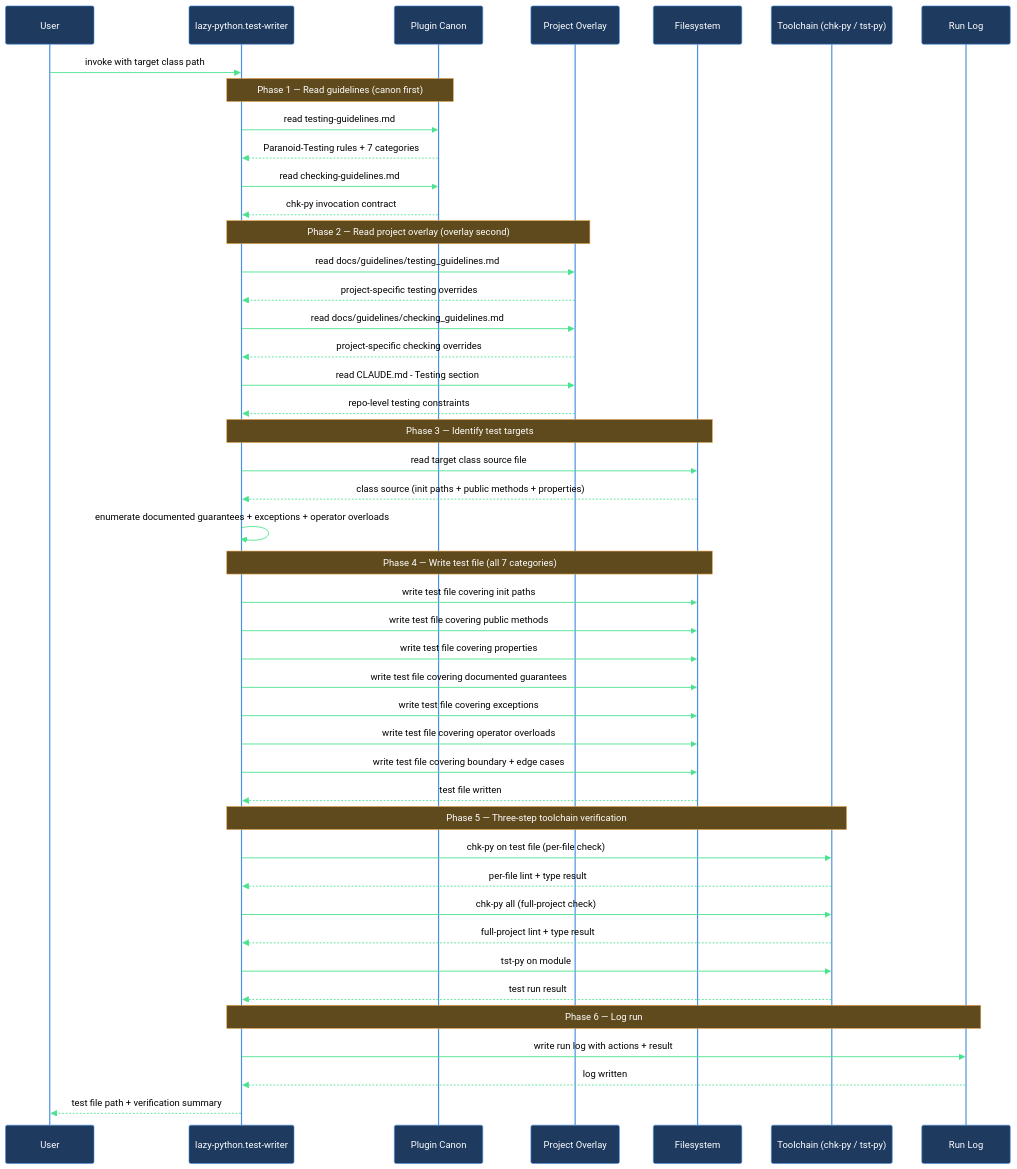
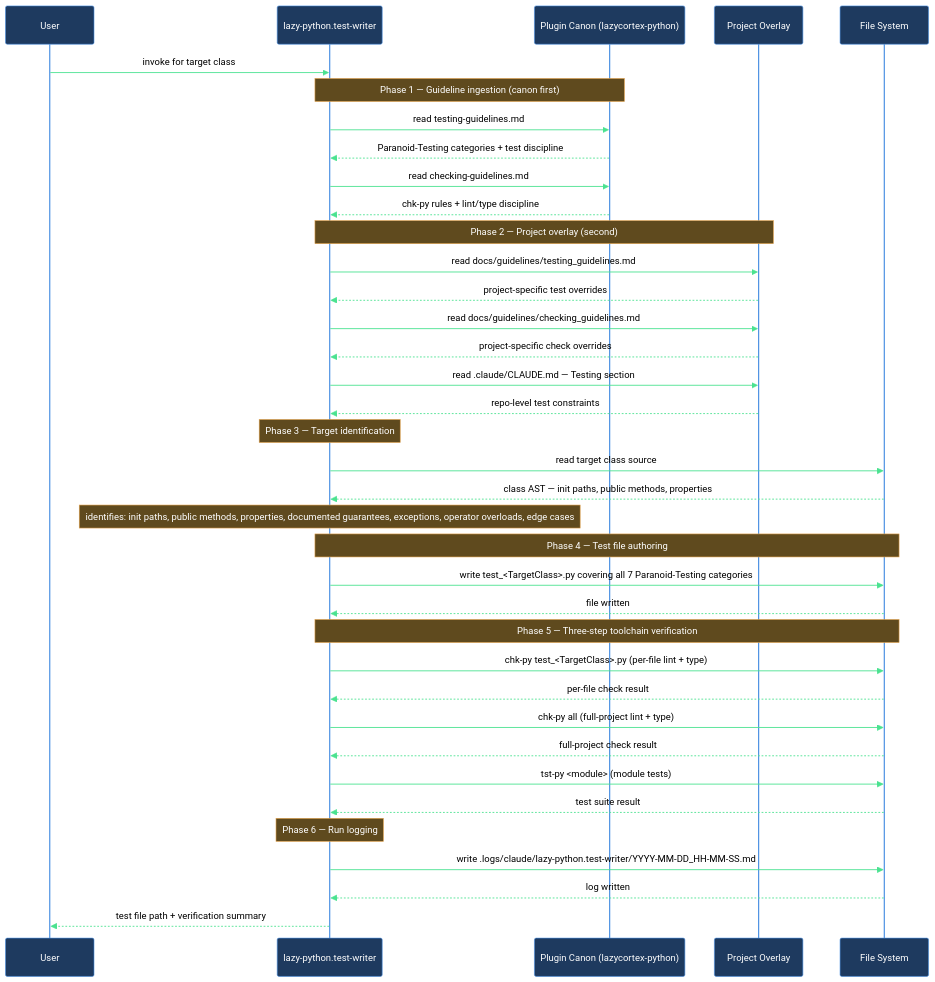
One commit to mebius-san/lazy-cortex changed the diagram in claude/lazycortex-python/help/walkthroughs/write-tests-for-new-class.md. Above: the diagram before and after it, drawn with Mermaid. The commit also changed other lines of this file and 19 other files, not shown here.

First line of the commit message:
[lazycortex-python] release 1.8.0 — self-resolving chk/tst wrappers

````diff
--- a/claude/lazycortex-python/help/walkthroughs/write-tests-for-new-class.md
+++ b/claude/lazycortex-python/help/walkthroughs/write-tests-for-new-class.md
@@ -159,55 +159,47 @@
 ```mermaid
 %%{init: {'themeVariables':{'background':'transparent','primaryColor':'#1e3a5f','primaryBorderColor':'#4a90e2','primaryTextColor':'#fff','lineColor':'#4ae290','actorBkg':'#1e3a5f','actorBorder':'#4a90e2','actorTextColor':'#fff','actorLineColor':'#4a90e2','signalColor':'#4ae290','signalTextColor':'#000','noteBkgColor':'#5f4a1e','noteBorderColor':'#e2a14a','noteTextColor':'#fff','labelBoxBkgColor':'#5f4a1e','labelBoxBorderColor':'#e2a14a','labelTextColor':'#fff','loopTextColor':'#e2a14a'},'sequence':{'diagramPadding':5,'useMaxWidth':true}}}%%
 sequenceDiagram
   participant user as User
   participant agent as lazy-python.test-writer
-  participant canon as Plugin Canon
+  participant canon as Plugin Canon (lazycortex-python)
   participant overlay as Project Overlay
-  participant fs as Filesystem
-  participant toolchain as Toolchain (chk-py / tst-py)
-  participant log as Run Log
+  participant fs as File System
 
-  user->>agent: invoke with target class path
+  user->>agent: invoke for target class
 
-  Note over agent,canon: Phase 1 — Read guidelines (canon first)
+  Note over agent,canon: Phase 1 — Guideline ingestion (canon first)
   agent->>canon: read testing-guidelines.md
-  canon-->>agent: Paranoid-Testing rules + 7 categories
+  canon-->>agent: Paranoid-Testing categories + test discipline
   agent->>canon: read checking-guidelines.md
-  canon-->>agent: chk-py invocation contract
+  canon-->>agent: chk-py rules + lint/type discipline
 
-  Note over agent,overlay: Phase 2 — Read project overlay (overlay second)
+  Note over agent,overlay: Phase 2 — Project overlay (second)
   agent->>overlay: read docs/guidelines/testing_guidelines.md
-  overlay-->>agent: project-specific testing overrides
+  overlay-->>agent: project-specific test overrides
   agent->>overlay: read docs/guidelines/checking_guidelines.md
-  overlay-->>agent: project-specific checking overrides
-  agent->>overlay: read CLAUDE.md - Testing section
-  overlay-->>agent: repo-level testing constraints
+  overlay-->>agent: project-specific check overrides
+  agent->>overlay: read .claude/CLAUDE.md — Testing section
+  overlay-->>agent: repo-level test constraints
 
-  Note over agent,fs: Phase 3 — Identify test targets
-  agent->>fs: read target class source file
-  fs-->>agent: class source (init paths + public methods + properties)
-  agent->>agent: enumerate documented guarantees + exceptions + operator overloads
+  Note over agent: Phase 3 — Target identification
+  agent->>fs: read target class source
+  fs-->>agent: class AST — init paths, public methods, properties
+  Note over agent: identifies: init paths, public methods, properties, documented guarantees, exceptions, operator overloads, edge cases
 
-  Note over agent,fs: Phase 4 — Write test file (all 7 categories)
-  agent->>fs: write test file covering init paths
-  agent->>fs: write test file covering public methods
-  agent->>fs: write test file covering properties
-  agent->>fs: write test file covering documented guarantees
-  agent->>fs: write test file covering exceptions
-  agent->>fs: write test file covering operator overloads
-  agent->>fs: write test file covering boundary + edge cases
-  fs-->>agent: test file written
+  Note over agent,fs: Phase 4 — Test file authoring
+  agent->>fs: write test_<TargetClass>.py covering all 7 Paranoid-Testing categories
+  fs-->>agent: file written
 
-  Note over agent,toolchain: Phase 5 — Three-step toolchain verification
-  agent->>toolchain: chk-py on test file (per-file check)
-  toolchain-->>agent: per-file lint + type result
-  agent->>toolchain: chk-py all (full-project check)
-  toolchain-->>agent: full-project lint + type result
-  agent->>toolchain: tst-py on module
-  toolchain-->>agent: test run result
+  Note over agent,fs: Phase 5 — Three-step toolchain verification
+  agent->>fs: chk-py test_<TargetClass>.py (per-file lint + type)
+  fs-->>agent: per-file check result
+  agent->>fs: chk-py all (full-project lint + type)
+  fs-->>agent: full-project check result
+  agent->>fs: tst-py <module> (module tests)
+  fs-->>agent: test suite result
 
-  Note over agent,log: Phase 6 — Log run
-  agent->>log: write run log with actions + result
-  log-->>agent: log written
+  Note over agent: Phase 6 — Run logging
+  agent->>fs: write .logs/claude/lazy-python.test-writer/YYYY-MM-DD_HH-MM-SS.md
+  fs-->>agent: log written
   agent-->>user: test file path + verification summary
 ```
````
